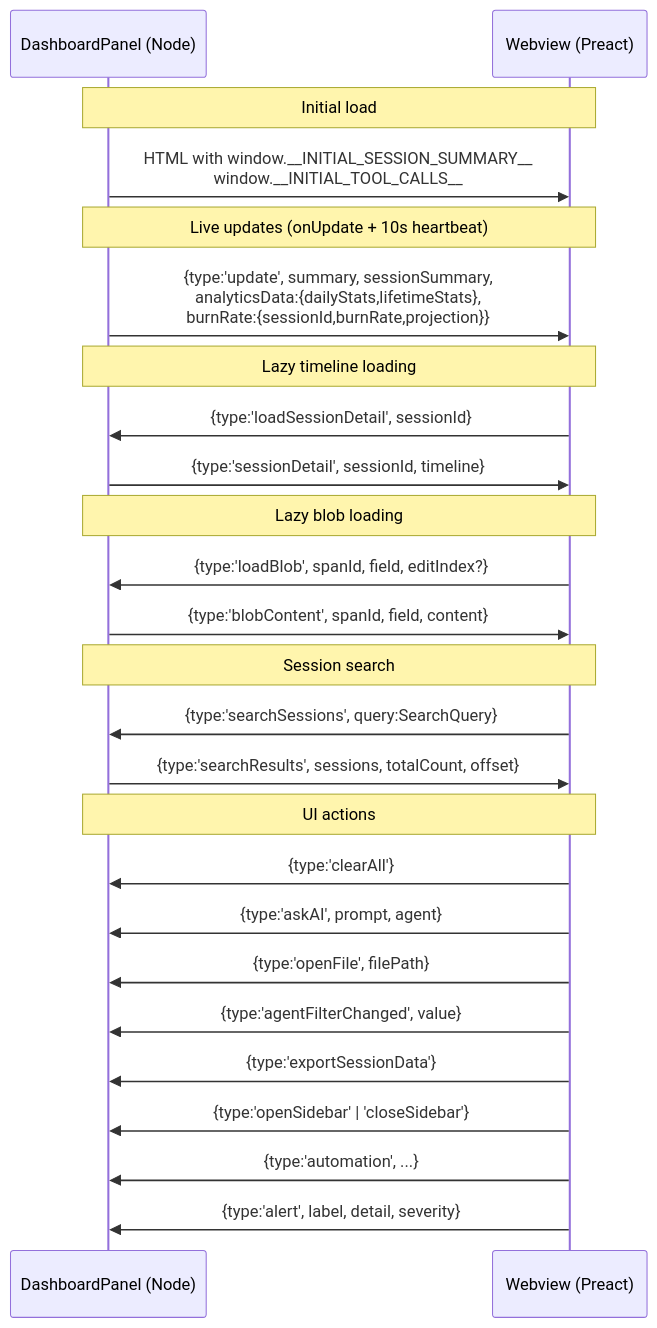
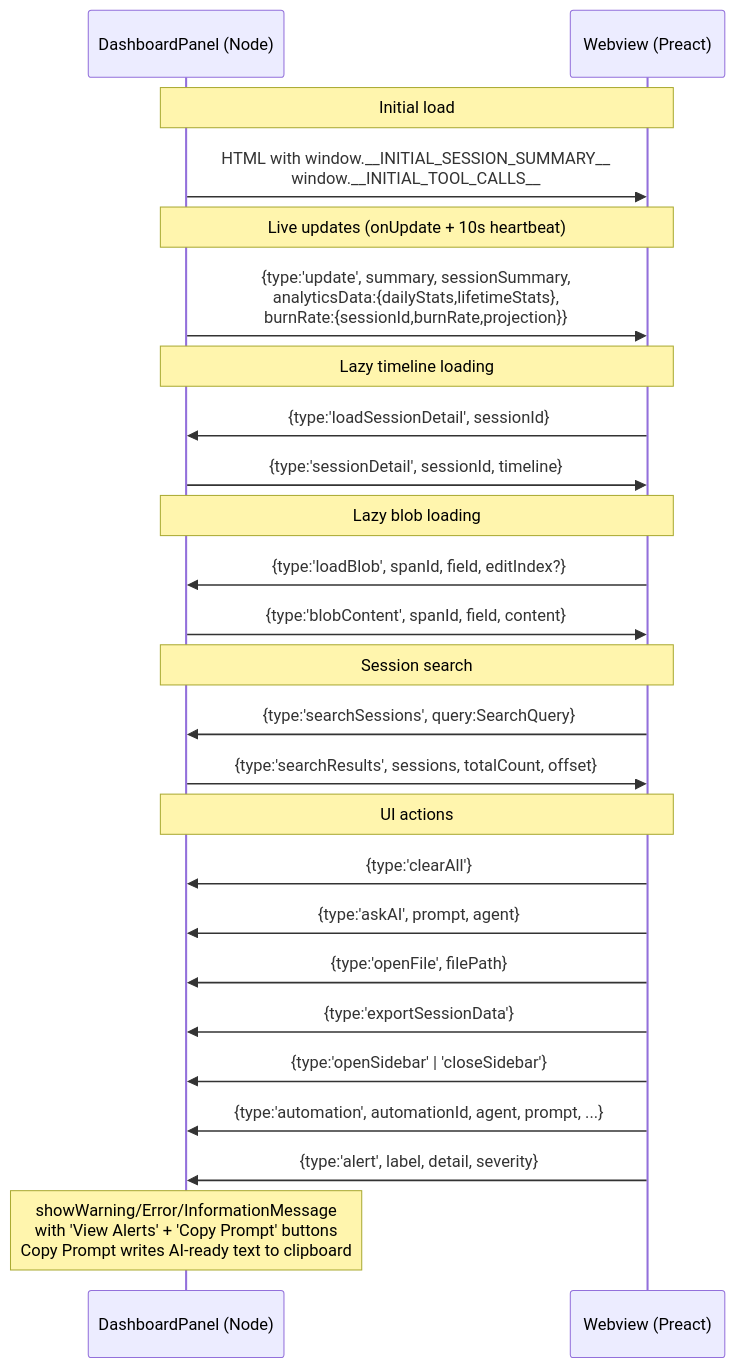
Diagram 14 of 18 in ARCHITECTURE.md (RogerReed/agentlens), drawn with Mermaid before and after one commit. The commit also changed other lines of this file, not shown here.

First line of the commit message:
docs: update ARCHITECTURE.md to reflect current codebase

````diff
--- a/ARCHITECTURE.md
+++ b/ARCHITECTURE.md
@@ -586,33 +622,33 @@
 ```mermaid
 sequenceDiagram
     participant EXT as DashboardPanel (Node)
     participant WV  as Webview (Preact)
 
     Note over EXT,WV: Initial load
     EXT->>WV: HTML with window.__INITIAL_SESSION_SUMMARY__<br/>window.__INITIAL_TOOL_CALLS__
 
     Note over EXT,WV: Live updates (onUpdate + 10s heartbeat)
     EXT->>WV: {type:'update', summary, sessionSummary,<br/>analyticsData:{dailyStats,lifetimeStats},<br/>burnRate:{sessionId,burnRate,projection}}
 
     Note over EXT,WV: Lazy timeline loading
     WV->>EXT: {type:'loadSessionDetail', sessionId}
     EXT->>WV: {type:'sessionDetail', sessionId, timeline}
 
     Note over EXT,WV: Lazy blob loading
     WV->>EXT: {type:'loadBlob', spanId, field, editIndex?}
     EXT->>WV: {type:'blobContent', spanId, field, content}
 
     Note over EXT,WV: Session search
     WV->>EXT: {type:'searchSessions', query:SearchQuery}
     EXT->>WV: {type:'searchResults', sessions, totalCount, offset}
 
     Note over EXT,WV: UI actions
     WV->>EXT: {type:'clearAll'}
     WV->>EXT: {type:'askAI', prompt, agent}
     WV->>EXT: {type:'openFile', filePath}
-    WV->>EXT: {type:'agentFilterChanged', value}
     WV->>EXT: {type:'exportSessionData'}
     WV->>EXT: {type:'openSidebar' | 'closeSidebar'}
-    WV->>EXT: {type:'automation', ...}
+    WV->>EXT: {type:'automation', automationId, agent, prompt, ...}
     WV->>EXT: {type:'alert', label, detail, severity}
+    Note over EXT: showWarning/Error/InformationMessage<br/>with 'View Alerts' + 'Copy Prompt' buttons<br/>Copy Prompt writes AI-ready text to clipboard
 ```
````
